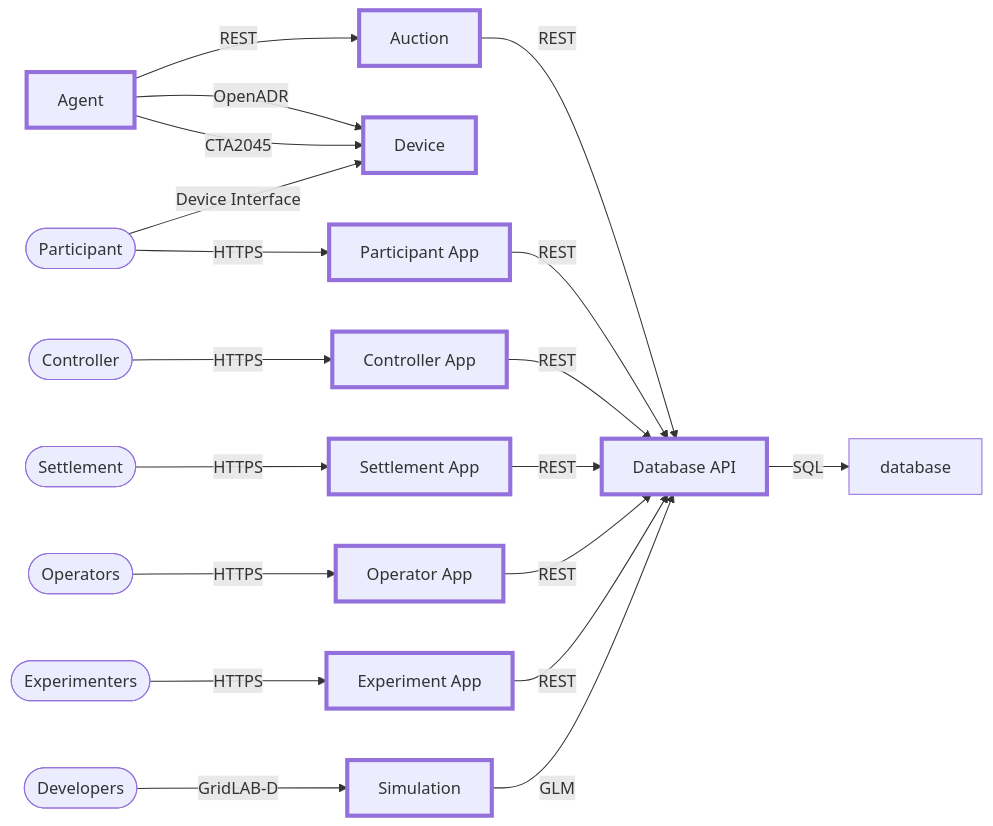
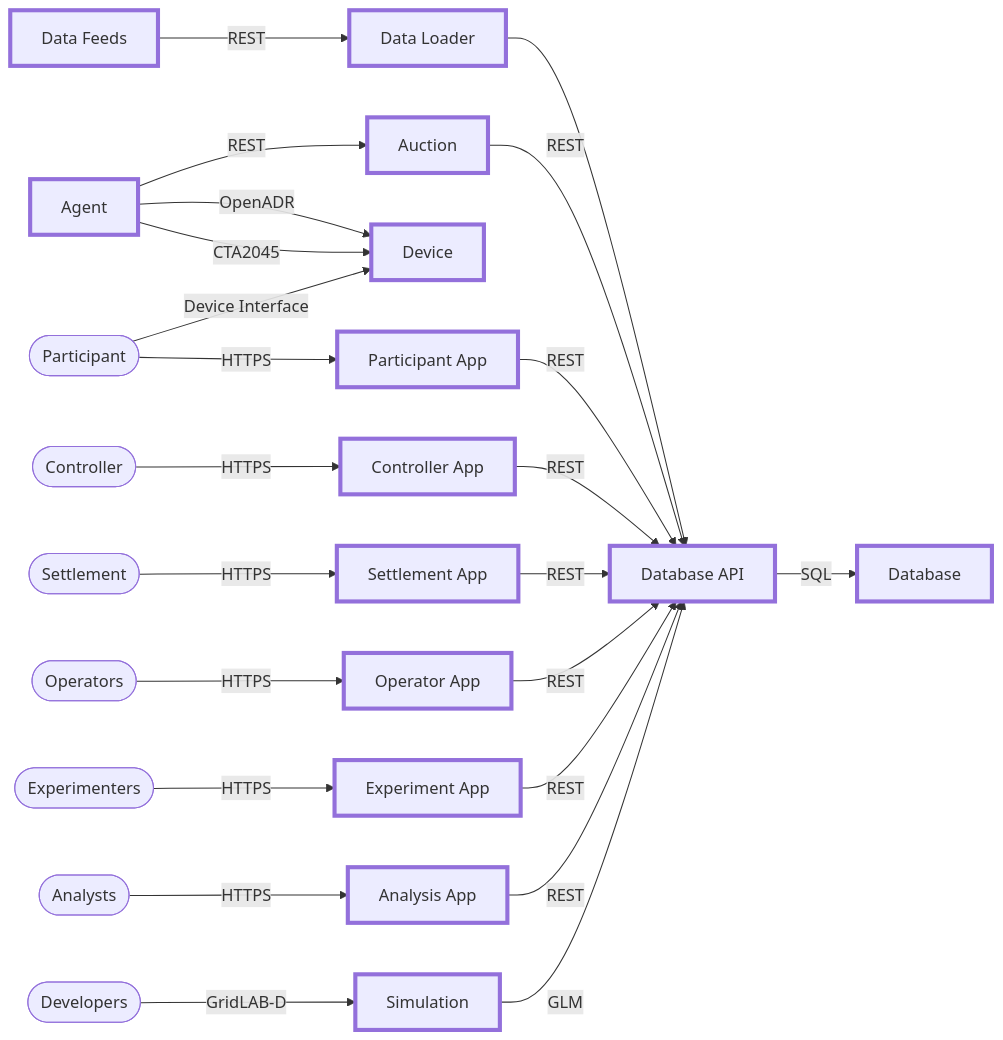
One commit to aivanova5/design changed the second of 2 diagrams in docs/README.md. Above: the diagram before and after it, drawn with Mermaid.

````diff
--- a/docs/README.md
+++ b/docs/README.md
@@ -89,37 +89,44 @@
 ```mermaid
 flowchart LR
 
   classDef active stroke-width:4px;
 
-  agent[Agent]:::active --"REST"--> auction[Auction]:::active
-    click agent "https://github.co/postroad-energy/design/blob/main/docs/agent.md" _blank
+  datafeeds[Data Feeds]:::active --REST--> dataloader[Data Loader]:::active --> database_api
+    click datafeeds "https://github.com/postroad-energy/design/blob/main/docs/datafeeds.md" _blank
+    click dataloader "https://github.com/postroad-energy/design/blob/main/docs/dataloader.md" _blank
+    
+  agent[Agent]:::active --REST--> auction[Auction]:::active
+    click agent "https://github.com/postroad-energy/design/blob/main/docs/agent.md" _blank
     click auction "https://github.com/postroad-energy/design/blob/main/docs/auction.md" _blank
     
-  agent --"OpenADR"--> device[Device]:::active
-  agent --"CTA2045"--> device
+  agent --OpenADR--> device[Device]:::active
+  agent --CTA2045--> device
     click device "https://github.com/postroad-energy/design/blob/main/docs/device.md" _blank
   
   participant --Device Interface--> device
   
-  auction --"REST"--> database_api
-    click database "https://github.com/postroad-energy/design/blob/main/docs/database.md" _blank
+  auction --REST--> database_api
+    click database_api "https://github.com/postroad-energy/design/blob/main/docs/database.md" _blank
   
-  participant([Participant]) --HTTPS--> participant_app[Participant App]:::active --REST--> database_api[Database API]:::active --SQL--> database
+  participant([Participant]) --HTTPS--> participant_app[Participant App]:::active --REST--> database_api[Database API]:::active --SQL--> database[Database]:::active
     click participant_app "https://github.com/tess-cc/design/blob/main/docs/participants.md" _blank
-    click db_api "https://github.co/postroad-energy/design/blob/main/docs/database.md" _blank
+    click database "https://github.co/postroad-energy/design/blob/main/docs/database.md" _blank
 
   controller([Controller]) --HTTPS--> controller_app[Controller App]:::active --REST--> database_api
       click controller_app "https://github.com/postroad-energy/design/blob/main/docs/controller.md" _blank
 
   settlement([Settlement]) --HTTPS--> settlement_app[Settlement App]:::active --REST--> database_api
       click settlement_app "https://github.com/postroad-energy/design/blob/main/docs/settlement.md" _blank
 
   operators([Operators]) --HTTPS--> operator_app[Operator App]:::active --REST--> database_api
       click operator_app "https://github.com/postroad-energy/design/blob/main/docs/operators.md" _blank
 
   experiment([Experimenters]) --HTTPS--> experiment_app[Experiment App]:::active --REST--> database_api
       click experiment_app "https://github.com/postroad-energy/design/blob/main/docs/experimenters.md" _blank
 
+  analyst([Analysts]) --HTTPS--> analysis_app[Analysis App]:::active --REST--> database_api
+    click analysis_app "https://github.com/postroad-energy/design/block/main/docs/analysis.md" _blank
+    
   developer([Developers]) --GridLAB-D--> simulation[Simulation]:::active --GLM--> database_api
       click simulation "https://github.com/postroad-energy/design/blob/main/docs/simulation.md" _blank
 ```
````
